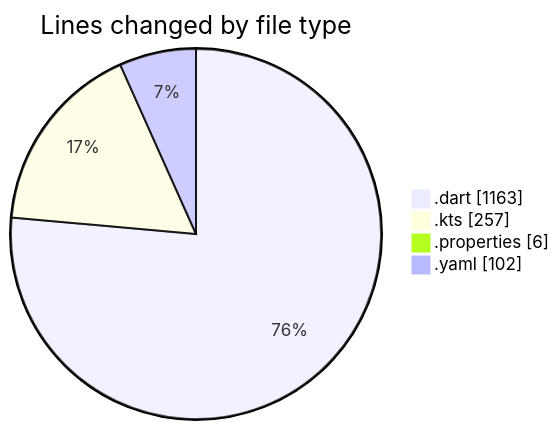
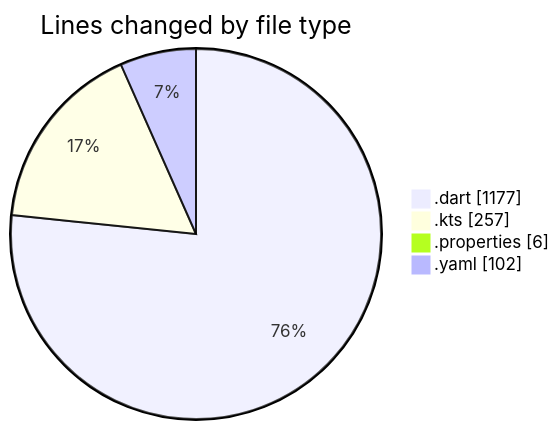
The first of 2 diagrams in 2025-02-24/drivers_app/README.md (donsfak/code-tracking), drawn with Mermaid before and after one commit. The commit also changed other lines of this file and 1 other file, not shown here.

````diff
--- a/2025-02-24/drivers_app/README.md
+++ b/2025-02-24/drivers_app/README.md
@@ -27,8 +27,8 @@
 ```mermaid
 pie showData
 title Lines changed by file type
-".dart" : 1163
+".dart" : 1177
 ".kts" : 257
 ".properties" : 6
 ".yaml" : 102
 ```
````
